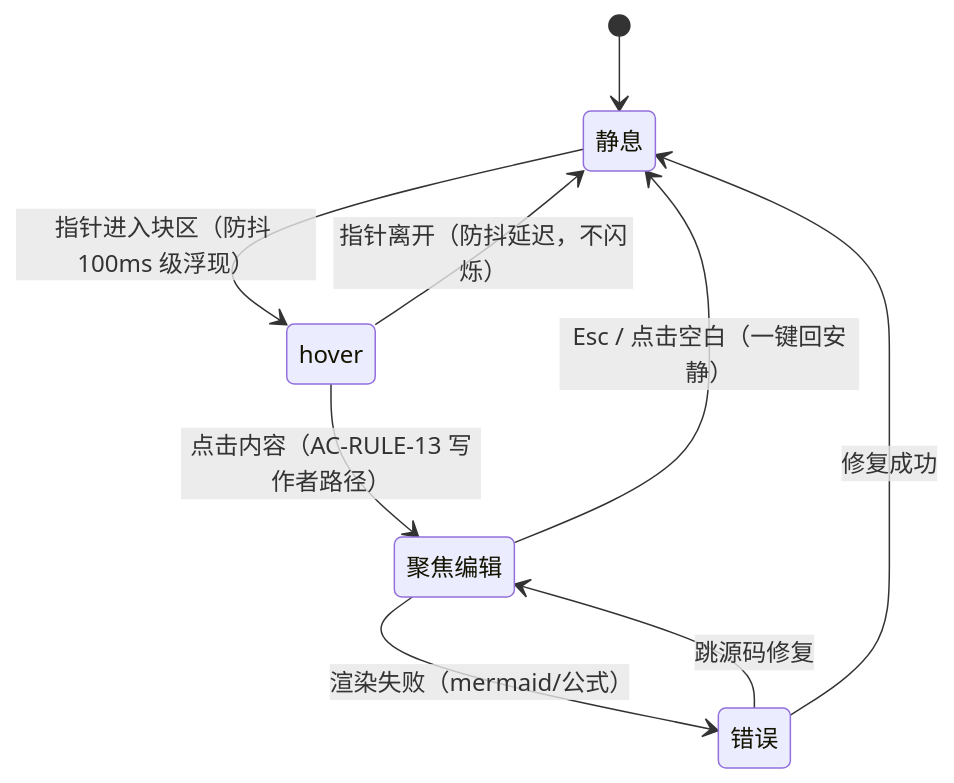
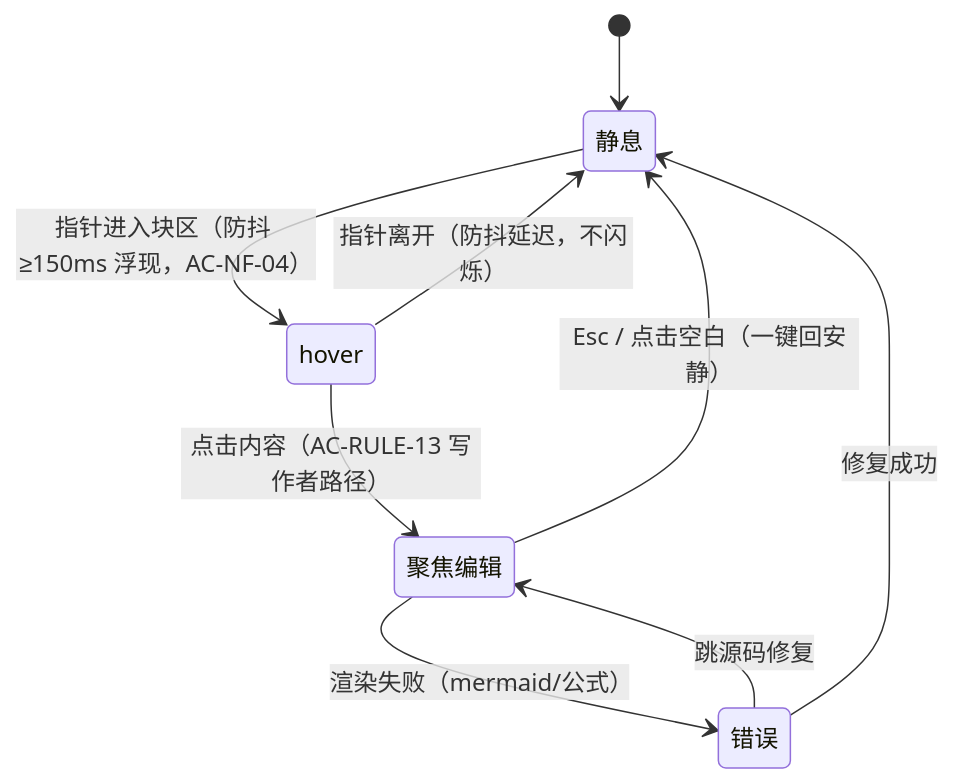
One commit to biao-biao-ls/veloxmark changed the third of 3 diagrams in process-docs/ui-ux-redesign/design/tech-design.md. Above: the diagram before and after it, drawn with Mermaid. The commit also changed other lines of this file and 45 other files, not shown here.

````diff
--- a/process-docs/ui-ux-redesign/design/tech-design.md
+++ b/process-docs/ui-ux-redesign/design/tech-design.md
@@ -135,11 +139,11 @@
 ```mermaid
 stateDiagram-v2
     [*] --> 静息
-    静息 --> hover: 指针进入块区（防抖 100ms 级浮现）
+    静息 --> hover: 指针进入块区（防抖 ≥150ms 浮现，AC-NF-04）
     hover --> 静息: 指针离开（防抖延迟，不闪烁）
     hover --> 聚焦编辑: 点击内容（AC-RULE-13 写作者路径）
     聚焦编辑 --> 静息: Esc / 点击空白（一键回安静）
     聚焦编辑 --> 错误: 渲染失败（mermaid/公式）
     错误 --> 聚焦编辑: 跳源码修复
     错误 --> 静息: 修复成功
 ```
````
